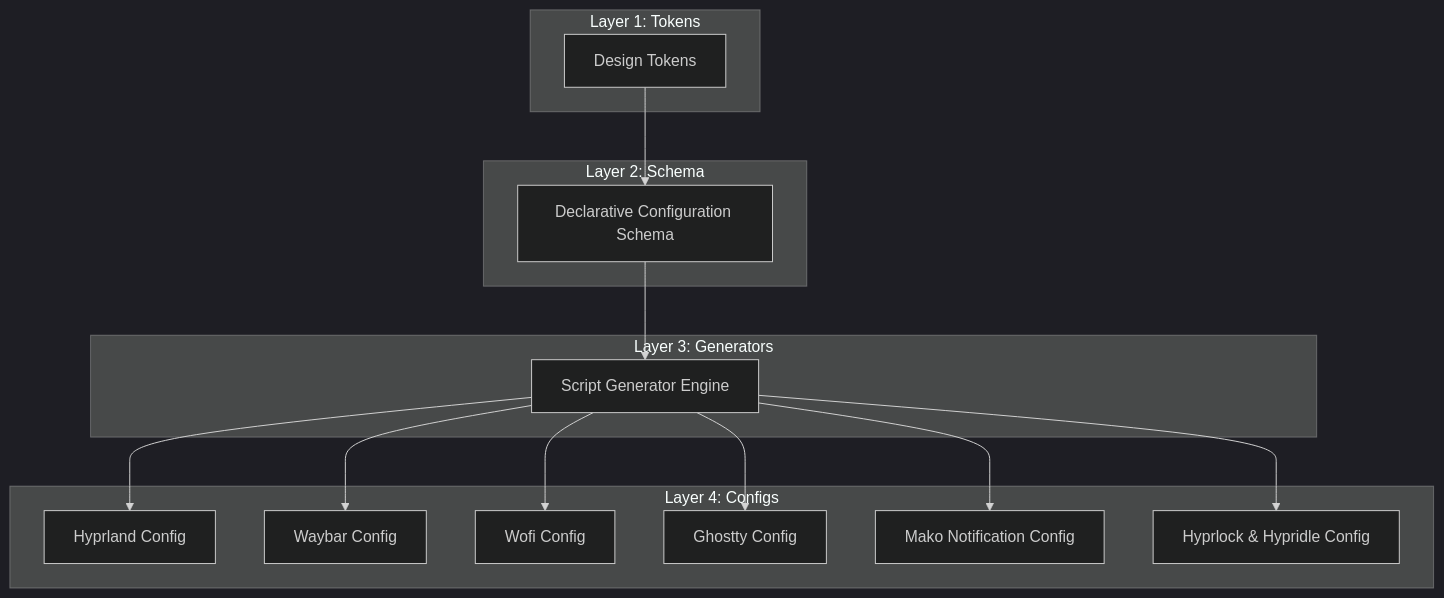
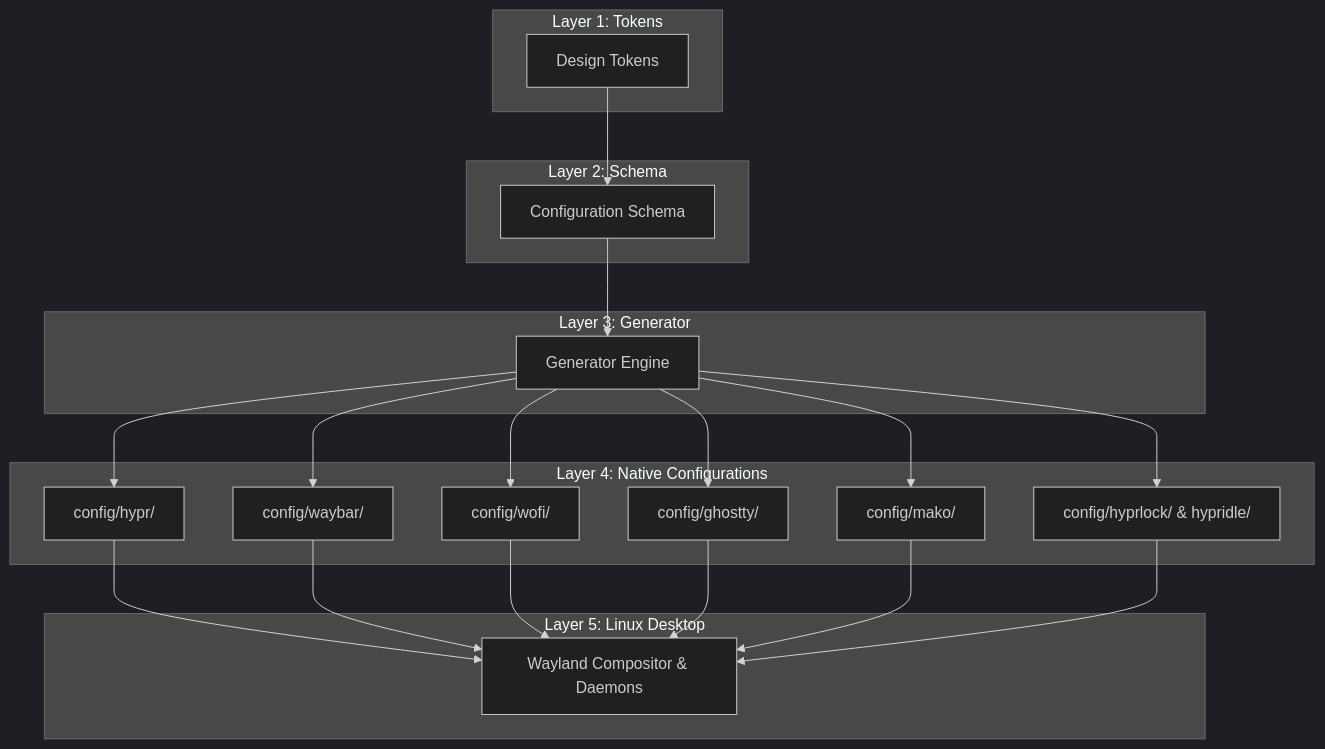
The first of 3 diagrams in docs/architecture.md (clxzwe/akumaos), drawn with Mermaid (dark theme) before and after one commit. The commit also changed other lines of this file and 6 other files, not shown here.

Commit message:
docs: define generator architecture

````diff
--- a/docs/architecture.md
+++ b/docs/architecture.md
@@ -51,32 +53,42 @@
 ```mermaid
 flowchart TD
     subgraph Layer 1: Tokens
         TOK[Design Tokens]
     end
 
     subgraph Layer 2: Schema
-        SCH[Declarative Configuration Schema]
+        SCH[Configuration Schema]
     end
 
-    subgraph Layer 3: Generators
-        GEN[Script Generator Engine]
+    subgraph Layer 3: Generator
+        GEN[Generator Engine]
     end
 
-    subgraph Layer 4: Configs
-        HYPR[Hyprland Config]
-        WAY[Waybar Config]
-        WOFI[Wofi Config]
-        GHOST[Ghostty Config]
-        MAKO[Mako Notification Config]
-        LOCK[Hyprlock & Hypridle Config]
+    subgraph Layer 4: Native Configurations
+        HYPR[config/hypr/]
+        WAY[config/waybar/]
+        WOFI[config/wofi/]
+        GHOST[config/ghostty/]
+        MAKO[config/mako/]
+        LOCK[config/hyprlock/ & hypridle/]
+    end
+
+    subgraph Layer 5: Linux Desktop
+        DESK[Wayland Compositor & Daemons]
     end
 
     TOK --> SCH
     SCH --> GEN
     GEN --> HYPR
     GEN --> WAY
     GEN --> WOFI
     GEN --> GHOST
     GEN --> MAKO
     GEN --> LOCK
+    HYPR --> DESK
+    WAY --> DESK
+    WOFI --> DESK
+    GHOST --> DESK
+    MAKO --> DESK
+    LOCK --> DESK
 ```
````
